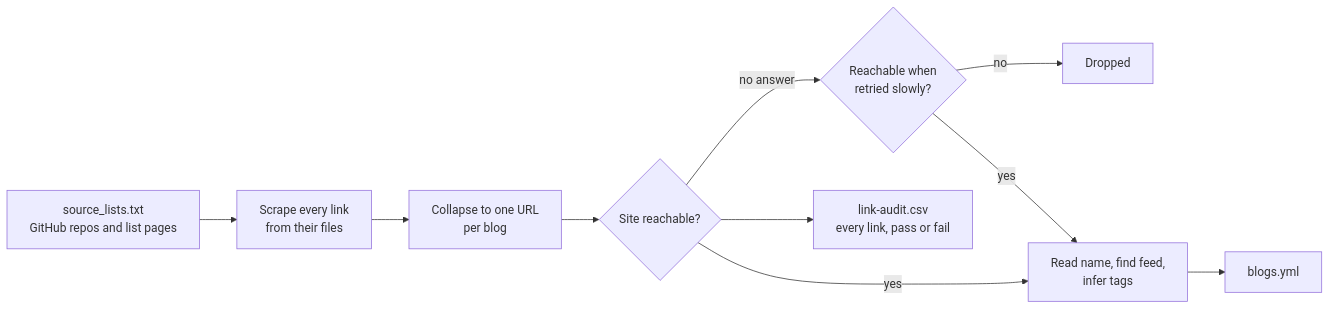
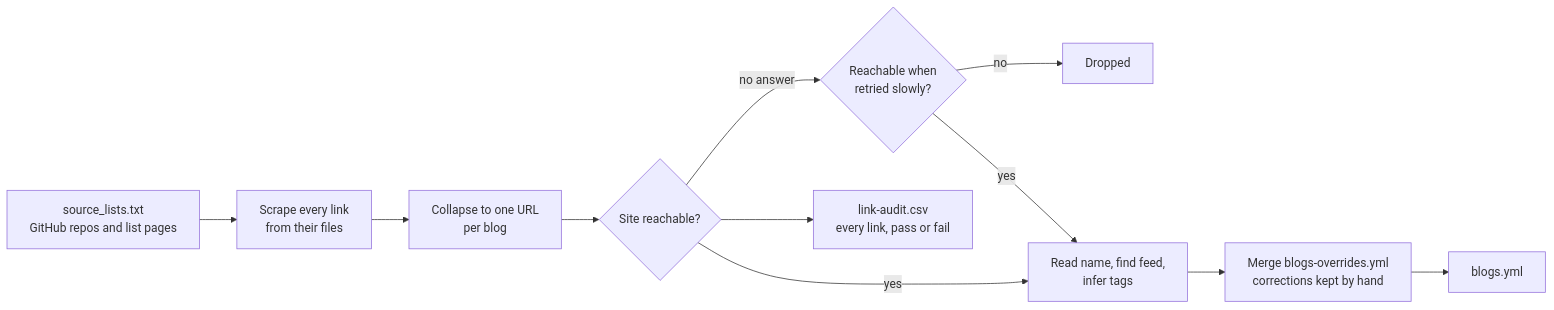
One commit to GitPaulo/blogme changed the second of 3 diagrams in sources/README.md. Above: the diagram before and after it, drawn with Mermaid. The commit also changed other lines of this file and 14 other files, not shown here.

Commit message:
feat: overrides for blogs

````diff
--- a/sources/README.md
+++ b/sources/README.md
@@ -79,12 +111,13 @@
 ```mermaid
 flowchart LR
     A[source_lists.txt<br/>GitHub repos and list pages] --> B[Scrape every link<br/>from their files]
     B --> C[Collapse to one URL<br/>per blog]
     C --> D{Site reachable?}
     D -->|no answer| RETRY{Reachable when<br/>retried slowly?}
     RETRY -->|no| X[Dropped]
     RETRY -->|yes| E
     D -->|yes| E[Read name, find feed,<br/>infer tags]
-    E --> F[blogs.yml]
+    E --> O[Merge blogs-overrides.yml<br/>corrections kept by hand]
+    O --> F[blogs.yml]
     D --> G[link-audit.csv<br/>every link, pass or fail]
 ```
````
